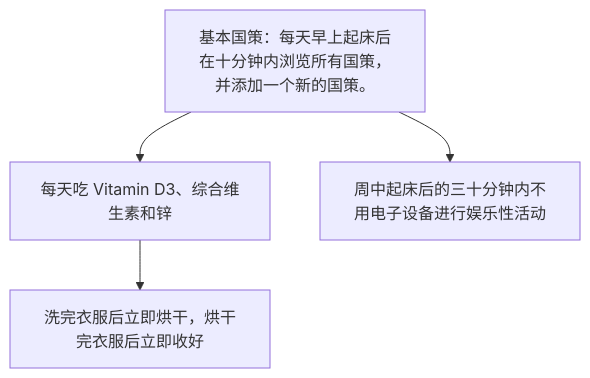
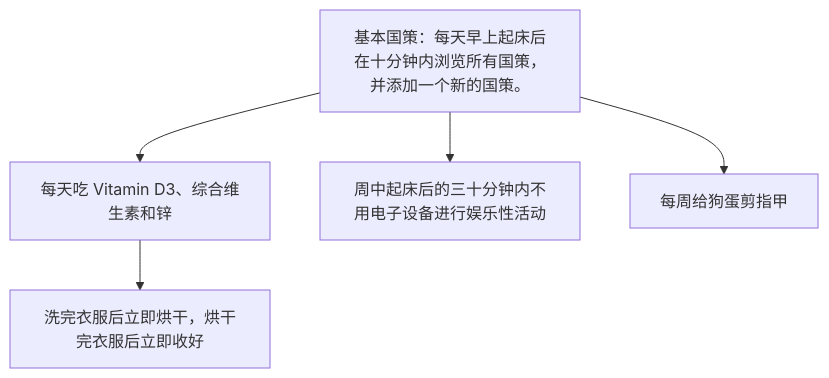
The diagram in national_policies.mermaid (HeavyWhale/RSIP), drawn with Mermaid before and after one commit.

```diff
--- a/national_policies.mermaid
+++ b/national_policies.mermaid
@@ -1,5 +1,6 @@
 graph TD
     A[基本国策：每天早上起床后在十分钟内浏览所有国策，并添加一个新的国策。]
     A --> B[每天吃 Vitamin D3、综合维生素和锌]
     B --> BA[洗完衣服后立即烘干，烘干完衣服后立即收好]
     A --> C[周中起床后的三十分钟内不用电子设备进行娱乐性活动]
+    A --> D[每周给狗蛋剪指甲]
```
